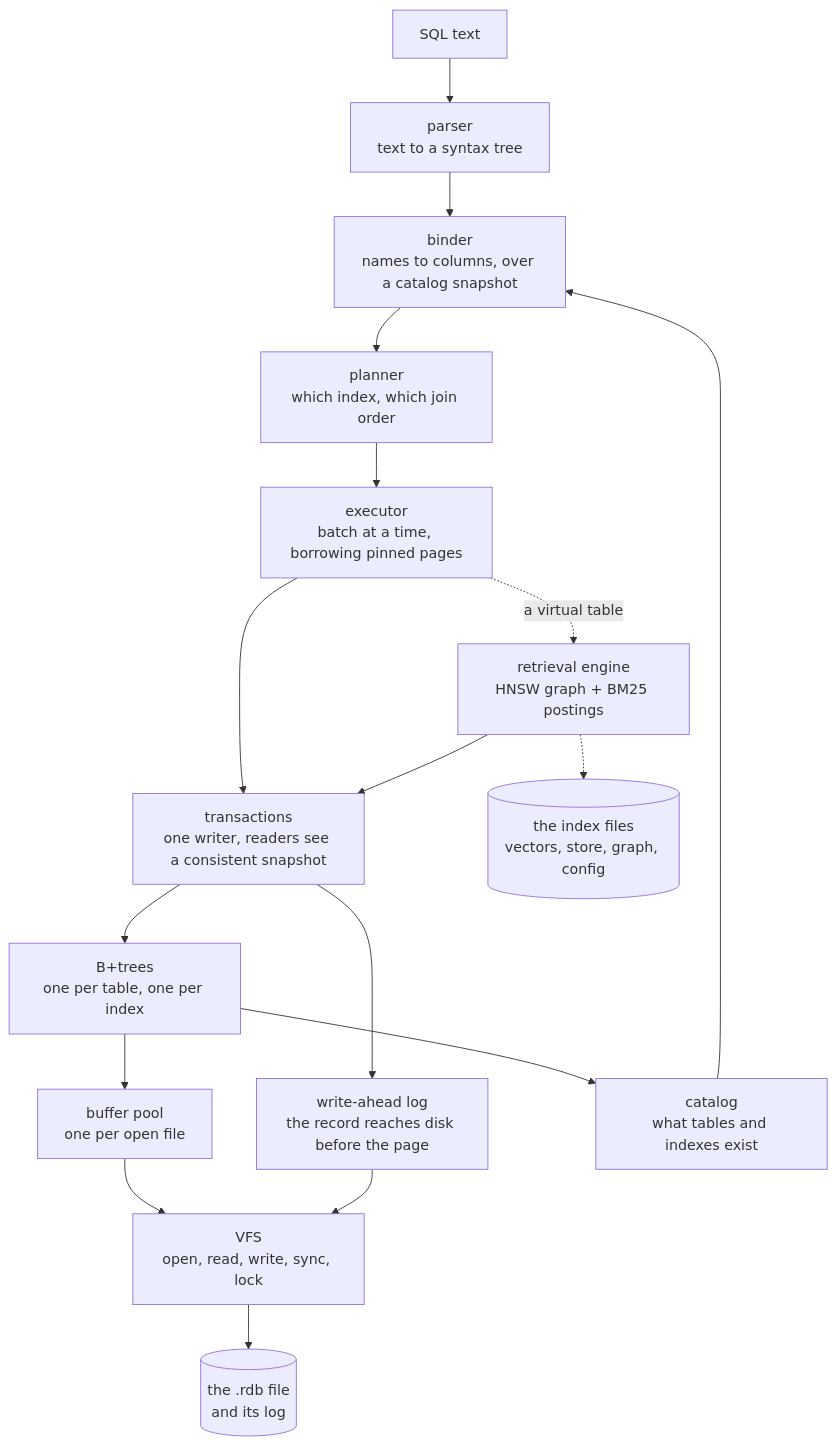
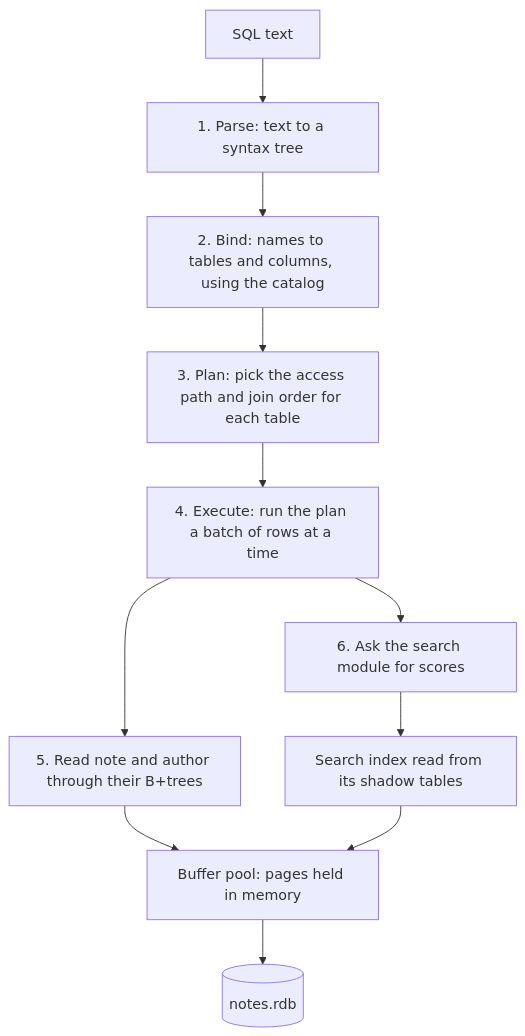
Before and after one commit to jasonmcaffee/inillucent: the second of 4 diagrams in docs/architecture-overview.md, drawn with Mermaid. The commit also changed other lines of this file and 82 other files, not shown here.

````diff
--- a/docs/architecture-overview.md
+++ b/docs/architecture-overview.md
@@ -33,22 +137,13 @@
 ```mermaid
 flowchart TB
-    Text["SQL text"] --> Parser["parser<br/>text to a syntax tree"]
-    Parser --> Binder["binder<br/>names to columns, over a catalog snapshot"]
-    Binder --> Planner["planner<br/>which index, which join order"]
-    Planner --> Exec["executor<br/>batch at a time, borrowing pinned pages"]
-
-    Exec --> Txn["transactions<br/>one writer, readers see a consistent snapshot"]
-    Txn --> Tree["B+trees<br/>one per table, one per index"]
-    Txn --> Wal["write-ahead log<br/>the record reaches disk before the page"]
-    Tree --> Pool["buffer pool<br/>one per open file"]
-    Pool --> Vfs["VFS<br/>open, read, write, sync, lock"]
-    Wal --> Vfs
-    Vfs --> File[("the .rdb file<br/>and its log")]
-
-    Exec -.->|"a virtual table"| Search["retrieval engine<br/>HNSW graph + BM25 postings"]
-    Search -.-> Store[("the index files<br/>vectors, store, graph, config")]
-    Search --> Txn
-
-    Catalog["catalog<br/>what tables and indexes exist"] --> Binder
-    Tree --> Catalog
+    Text["SQL text"] --> Parse["1. Parse: text to a syntax tree"]
+    Parse --> Bind["2. Bind: names to tables and columns, using the catalog"]
+    Bind --> Plan["3. Plan: pick the access path and join order for each table"]
+    Plan --> Exec["4. Execute: run the plan a batch of rows at a time"]
+    Exec --> Trees["5. Read note and author through their B+trees"]
+    Exec --> Module["6. Ask the search module for scores"]
+    Module --> Shadow["Search index read from its shadow tables"]
+    Trees --> Pool["Buffer pool: pages held in memory"]
+    Shadow --> Pool
+    Pool --> Disk[("notes.rdb")]
 ```
````
